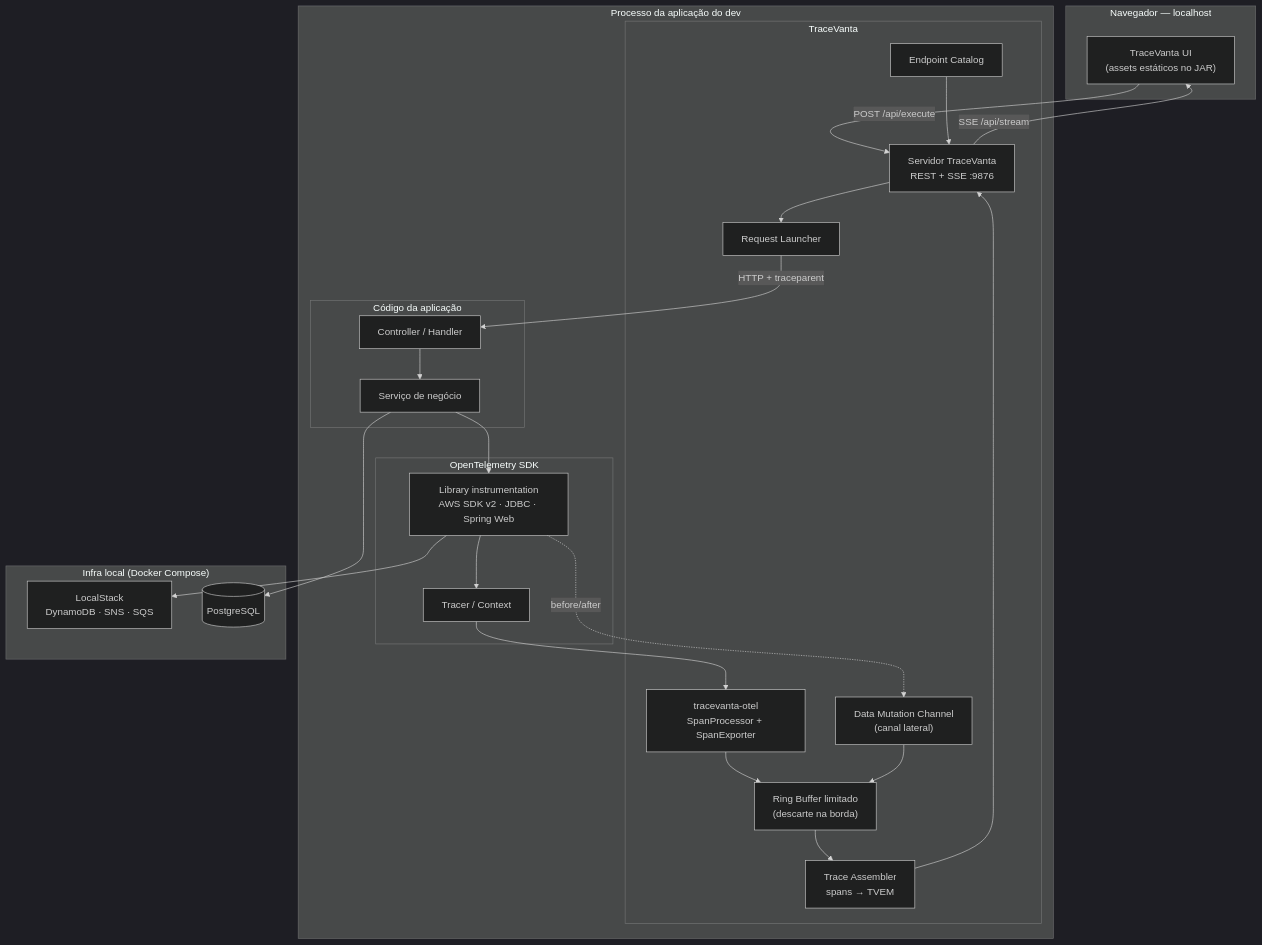
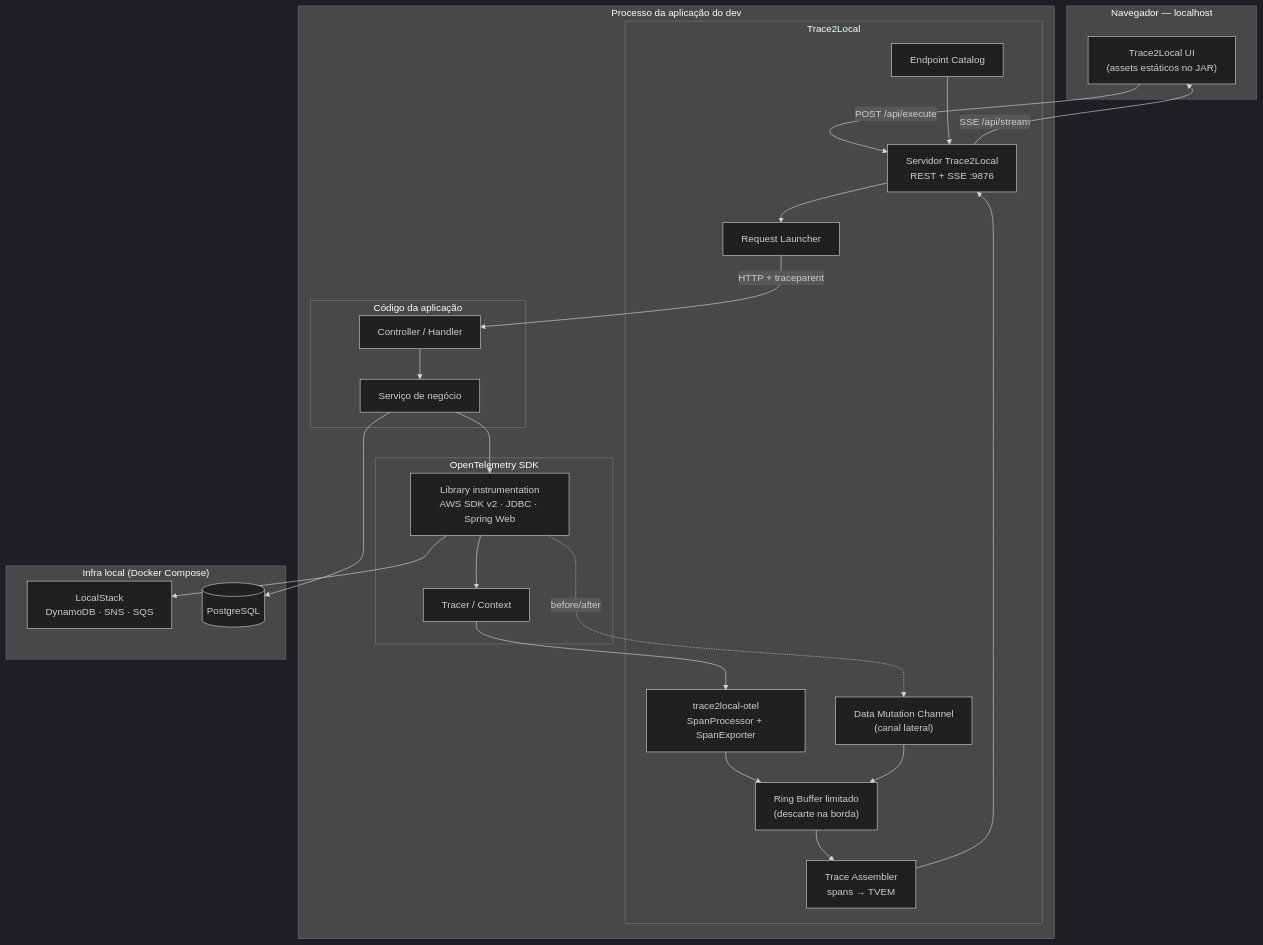
The diagram in docs/SPEC.md (thiago701/trace2local), drawn with Mermaid (dark theme) before and after one commit. The commit also changed other lines of this file and 426 other files, not shown here.

First line of the commit message:
Renomeia o projeto TraceVanta -> Trace2Local (refatoramento em cascata)

````diff
--- a/docs/SPEC.md
+++ b/docs/SPEC.md
@@ -156,48 +156,48 @@
 ```mermaid
 flowchart TB
     subgraph BROWSER["Navegador — localhost"]
-        UI["TraceVanta UI<br/>(assets estáticos no JAR)"]
+        UI["Trace2Local UI<br/>(assets estáticos no JAR)"]
     end
 
     subgraph JVM["Processo da aplicação do dev"]
         subgraph APP["Código da aplicação"]
             CTRL["Controller / Handler"]
             SVC["Serviço de negócio"]
         end
         subgraph OTELSDK["OpenTelemetry SDK"]
             TRACER["Tracer / Context"]
             LIBINST["Library instrumentation<br/>AWS SDK v2 · JDBC · Spring Web"]
         end
-        subgraph TV["TraceVanta"]
-            BRIDGE["tracevanta-otel<br/>SpanProcessor + SpanExporter"]
+        subgraph TV["Trace2Local"]
+            BRIDGE["trace2local-otel<br/>SpanProcessor + SpanExporter"]
             DMC["Data Mutation Channel<br/>(canal lateral)"]
             RING["Ring Buffer limitado<br/>(descarte na borda)"]
             ASM["Trace Assembler<br/>spans → TVEM"]
             CAT["Endpoint Catalog"]
             LAUNCH["Request Launcher"]
-            HTTP["Servidor TraceVanta<br/>REST + SSE :9876"]
+            HTTP["Servidor Trace2Local<br/>REST + SSE :9876"]
         end
     end
 
     subgraph INFRA["Infra local (Docker Compose)"]
         LS["LocalStack<br/>DynamoDB · SNS · SQS"]
         DB[("PostgreSQL")]
     end
 
     UI -->|"POST /api/execute"| HTTP
     HTTP --> LAUNCH
     LAUNCH -->|"HTTP + traceparent"| CTRL
     CTRL --> SVC
     SVC --> LIBINST
     LIBINST --> LS
     SVC --> DB
     LIBINST --> TRACER
     TRACER --> BRIDGE
     LIBINST -.->|"before/after"| DMC
     BRIDGE --> RING
     DMC --> RING
     RING --> ASM
     ASM --> HTTP
     CAT --> HTTP
     HTTP -->|"SSE /api/stream"| UI
 ```
````
